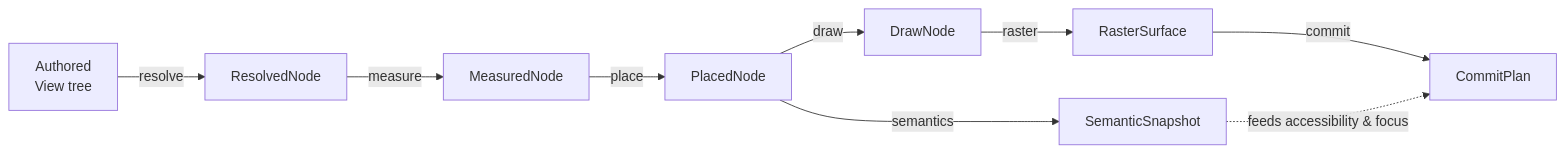
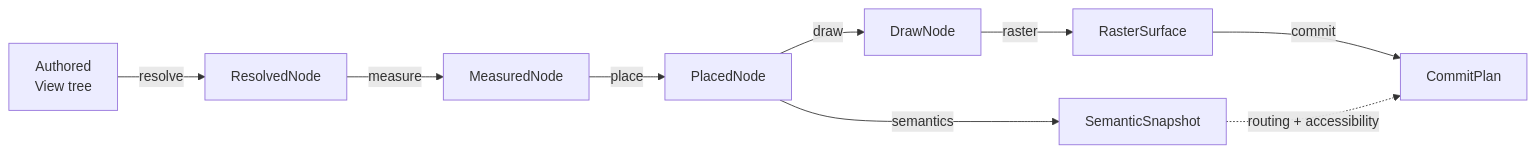
The diagram in docs/RENDER-PIPELINE.md (SwiftTUI/swift-tui), drawn with Mermaid before and after one commit. The commit also changed other lines of this file and 3 other files, not shown here.

````diff
--- a/docs/RENDER-PIPELINE.md
+++ b/docs/RENDER-PIPELINE.md
@@ -18,19 +340,19 @@
 ```mermaid
 flowchart LR
     V["Authored<br/>View tree"]
     R["ResolvedNode"]
     M["MeasuredNode"]
     P["PlacedNode"]
     S["SemanticSnapshot"]
     D["DrawNode"]
     RS["RasterSurface"]
     C["CommitPlan"]
     V -->|resolve| R
     R -->|measure| M
     M -->|place| P
     P -->|semantics| S
     P -->|draw| D
     D -->|raster| RS
     RS -->|commit| C
-    S -.->|feeds accessibility & focus| C
+    S -.->|routing + accessibility| C
 ```
````
